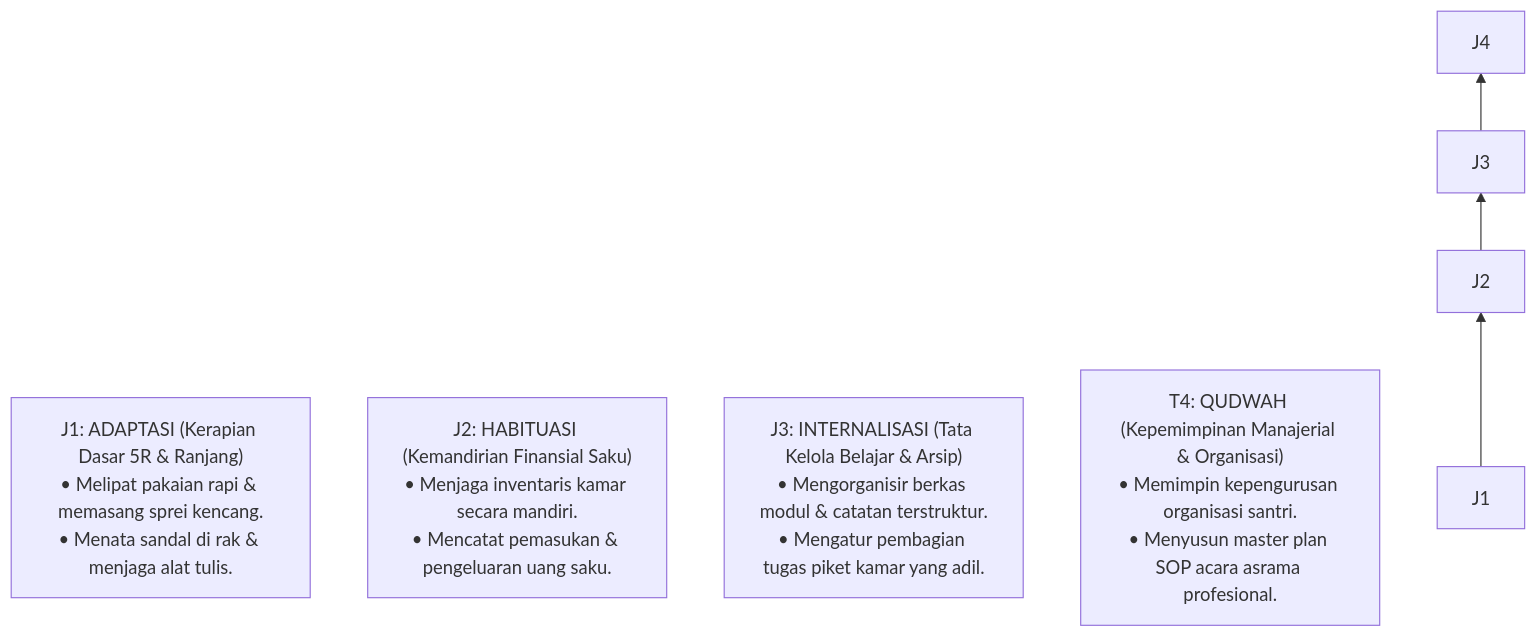
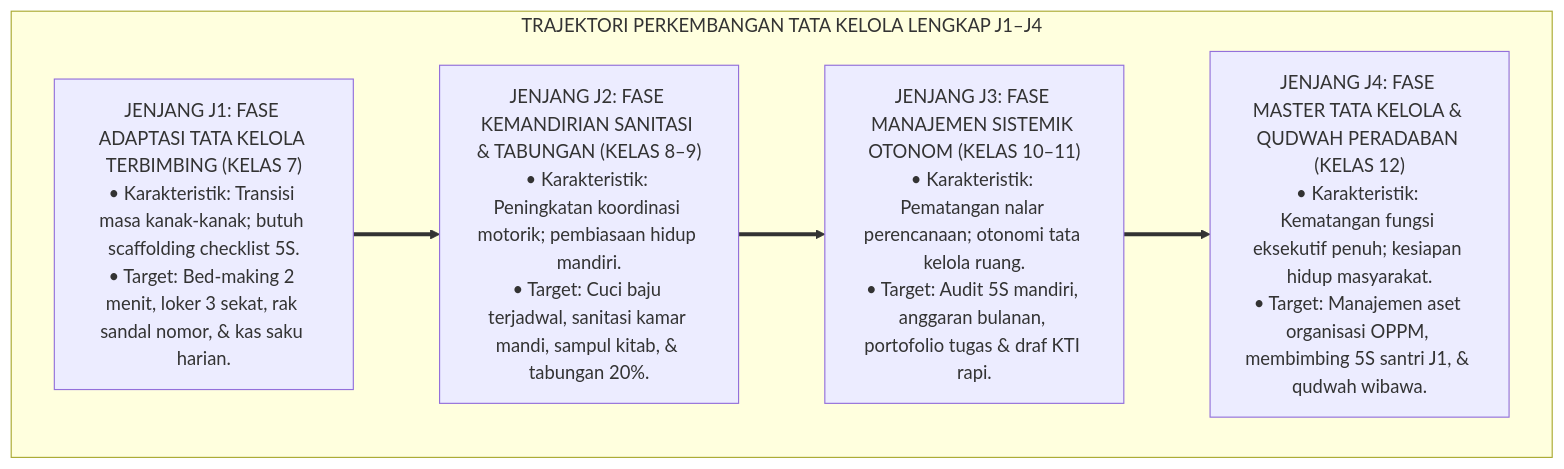
The sixth of 7 diagrams in 03 Capacity Framework/11 Munazhzham fi Syuunih/P3-11-08-Tahapan-Perkembangan-Jenjang-J1-J4.md (wandiapriliyandi/tumbuh), drawn with Mermaid before and after one commit. The commit also changed other lines of this file and 14 other files, not shown here.

````diff
--- a/03 Capacity Framework/11 Munazhzham fi Syuunih/P3-11-08-Tahapan-Perkembangan-Jenjang-J1-J4.md
+++ b/03 Capacity Framework/11 Munazhzham fi Syuunih/P3-11-08-Tahapan-Perkembangan-Jenjang-J1-J4.md
@@ -10,12 +167,14 @@
 ```mermaid
-graph BT
-    T1["J1: ADAPTASI (Kerapian Dasar 5R & Ranjang)<br/>• Melipat pakaian rapi & memasang sprei kencang.<br/>• Menata sandal di rak & menjaga alat tulis."]
-    
-    T2["J2: HABITUASI (Kemandirian Finansial Saku)<br/>• Menjaga inventaris kamar secara mandiri.<br/>• Mencatat pemasukan & pengeluaran uang saku."]
-    
-    T3["J3: INTERNALISASI (Tata Kelola Belajar & Arsip)<br/>• Mengorganisir berkas modul & catatan terstruktur.<br/>• Mengatur pembagian tugas piket kamar yang adil."]
-    
-    T4["T4: QUDWAH (Kepemimpinan Manajerial & Organisasi)<br/>• Memimpin kepengurusan organisasi santri.<br/>• Menyusun master plan SOP acara asrama profesional."]
-
-    J1 --> J2 --> J3 --> J4
+flowchart TD
+    subgraph ArsitekturTrajektoriKeteraturanJ1J4["TRAJEKTORI PERKEMBANGAN TATA KELOLA LENGKAP J1–J4"]
+        J1["JENJANG J1: FASE ADAPTASI TATA KELOLA TERBIMBING (KELAS 7)<br/>• Karakteristik: Transisi masa kanak-kanak; butuh scaffolding checklist 5S.<br/>• Target: Bed-making 2 menit, loker 3 sekat, rak sandal nomor, & kas saku harian."]
+        
+        J2["JENJANG J2: FASE KEMANDIRIAN SANITASI & TABUNGAN (KELAS 8–9)<br/>• Karakteristik: Peningkatan koordinasi motorik; pembiasaan hidup mandiri.<br/>• Target: Cuci baju terjadwal, sanitasi kamar mandi, sampul kitab, & tabungan 20%."]
+        
+        J3["JENJANG J3: FASE MANAJEMEN SISTEMIK OTONOM (KELAS 10–11)<br/>• Karakteristik: Pematangan nalar perencanaan; otonomi tata kelola ruang.<br/>• Target: Audit 5S mandiri, anggaran bulanan, portofolio tugas & draf KTI rapi."]
+        
+        J4["JENJANG J4: FASE MASTER TATA KELOLA & QUDWAH PERADABAN (KELAS 12)<br/>• Karakteristik: Kematangan fungsi eksekutif penuh; kesiapan hidup masyarakat.<br/>• Target: Manajemen aset organisasi OPPM, membimbing 5S santri J1, & qudwah wibawa."]
+        
+        J1 ==> J2 ==> J3 ==> J4
+    end
 ```
````
